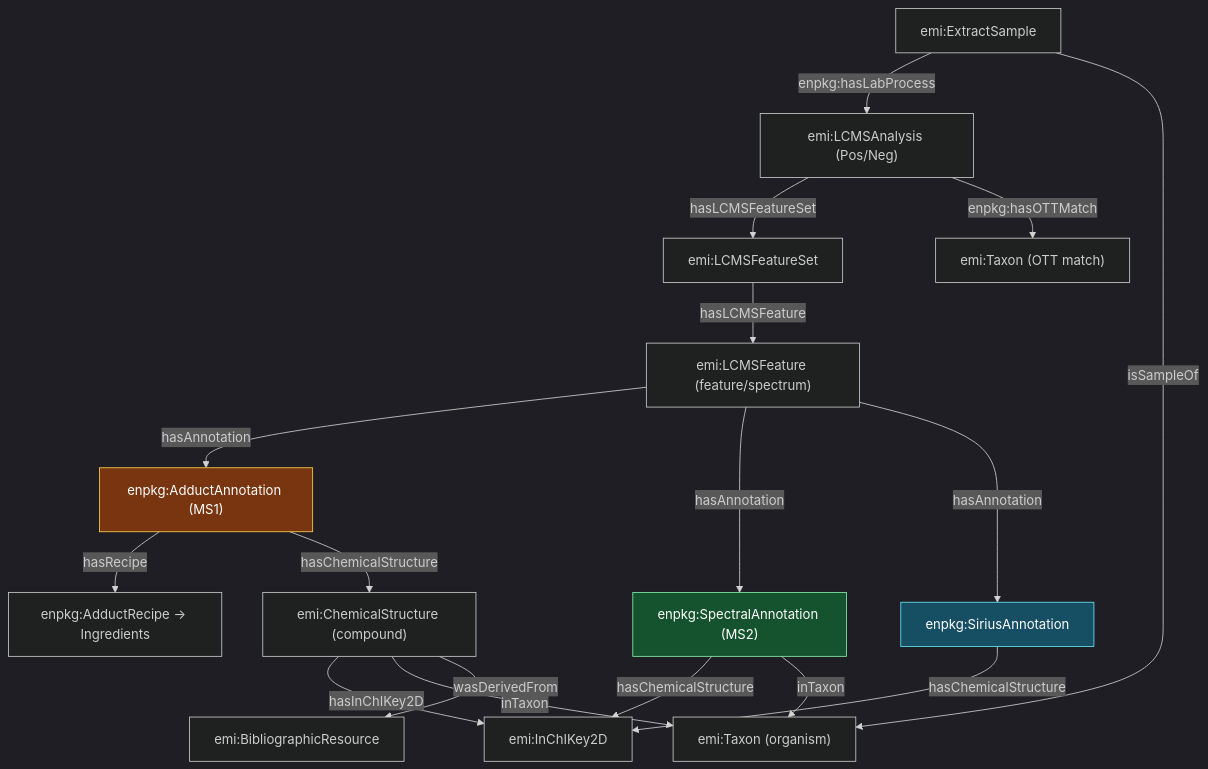
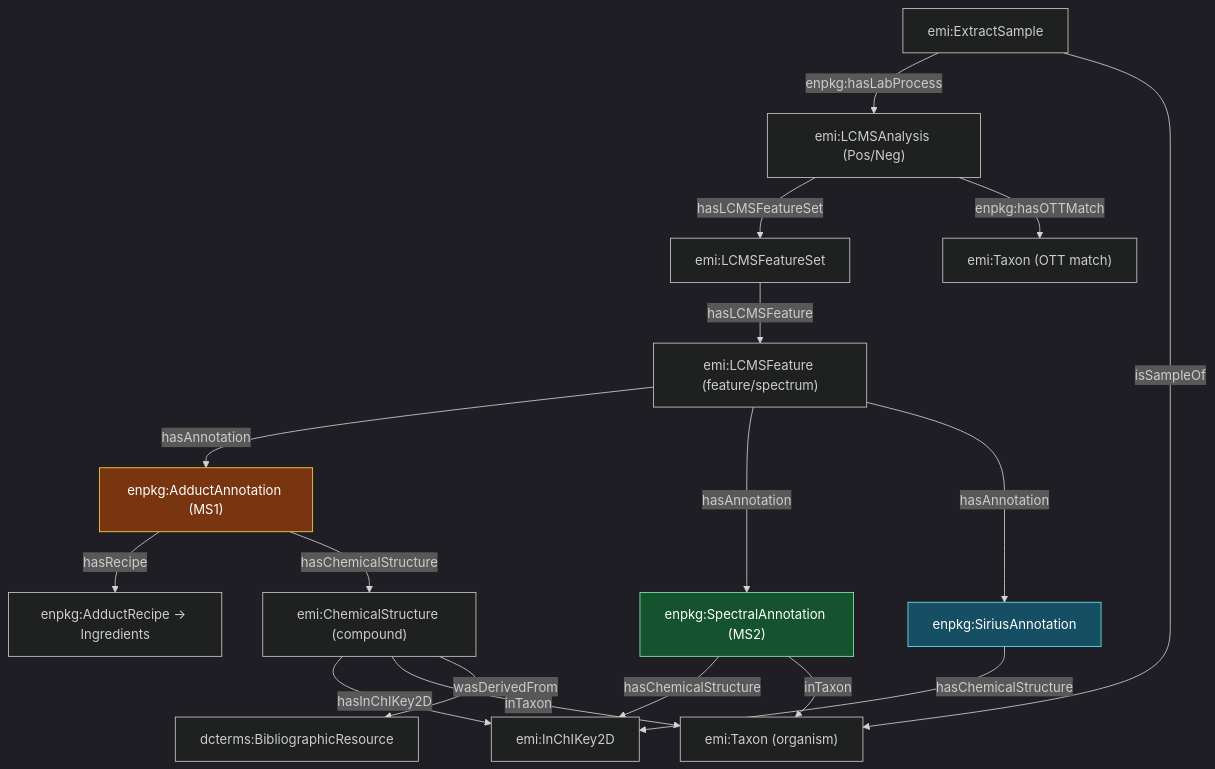
The second of 3 diagrams in docs/DATA_MODEL_AND_SERIALIZATION_GAP.md (llegregam/enpkg_full), drawn with Mermaid before and after one commit. The commit also changed 30 other files, not shown here.

````diff
--- a/docs/DATA_MODEL_AND_SERIALIZATION_GAP.md
+++ b/docs/DATA_MODEL_AND_SERIALIZATION_GAP.md
@@ -201,23 +201,23 @@
 ```mermaid
 %%{init: {'theme':'dark'}}%%
 flowchart TD
     S["emi:ExtractSample"] -->|enpkg:hasLabProcess| A["emi:LCMSAnalysis (Pos/Neg)"]
     A -->|hasLCMSFeatureSet| FS["emi:LCMSFeatureSet"]
     A -->|enpkg:hasOTTMatch| OTT["emi:Taxon (OTT match)"]
     FS -->|hasLCMSFeature| F["emi:LCMSFeature (feature/spectrum)"]
     F -->|hasAnnotation| MS1["enpkg:AdductAnnotation (MS1)"]:::ms1
     F -->|hasAnnotation| MS2["enpkg:SpectralAnnotation (MS2)"]:::ms2
     F -->|hasAnnotation| SIR["enpkg:SiriusAnnotation"]:::sirius
     MS1 -->|hasRecipe| RC["enpkg:AdductRecipe → Ingredients"]
     MS1 -->|hasChemicalStructure| C["emi:ChemicalStructure (compound)"]
     C -->|hasInChIKey2D| IK["emi:InChIKey2D"]
     MS2 -->|hasChemicalStructure| IK
     SIR -->|hasChemicalStructure| IK
     C -->|inTaxon| TX["emi:Taxon (organism)"]
-    C -->|wasDerivedFrom| REF["emi:BibliographicResource"]
+    C -->|wasDerivedFrom| REF["dcterms:BibliographicResource"]
     S -->|isSampleOf| TX
     MS2 -->|inTaxon| TX
     classDef ms1 fill:#78350f,stroke:#fcd34d,color:#fff;
     classDef ms2 fill:#14532d,stroke:#86efac,color:#fff;
     classDef sirius fill:#164e63,stroke:#67e8f9,color:#fff;
 ```
````
